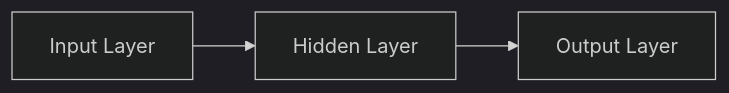
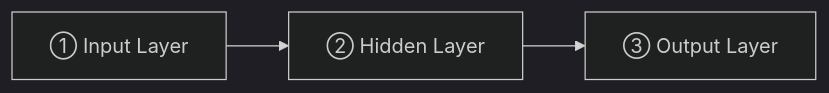
Before and after one commit to AI-learning-simple/Build-Your-Own-LLM: the fifth of 9 diagrams in 1. LLM基础/4. 神经网络——从神经元到 MLP.md, drawn with Mermaid (dark theme). The commit also changed other lines of this file and 4 other files, not shown here.

````diff
--- a/1. LLM基础/4. 神经网络——从神经元到 MLP.md
+++ b/1. LLM基础/4. 神经网络——从神经元到 MLP.md
@@ -165,4 +189,4 @@
 ```mermaid
 flowchart LR
-    A["Input Layer"] --> B["Hidden Layer"] --> C["Output Layer"]
+    A["① Input Layer"] --> B["② Hidden Layer"] --> C["③ Output Layer"]
 ```
````
